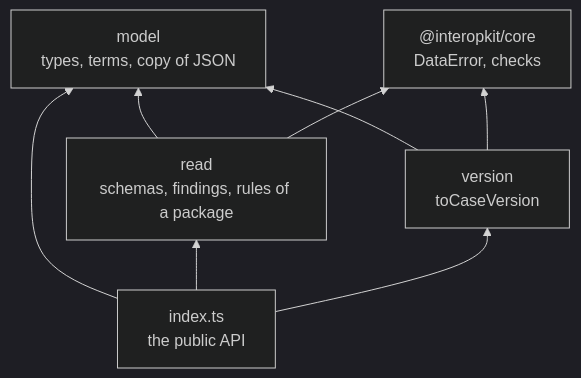
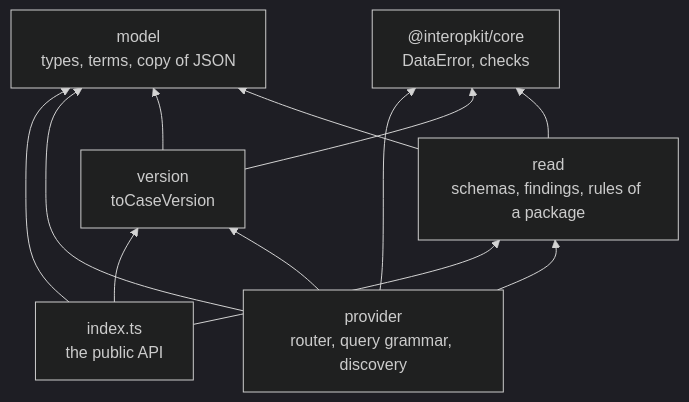
One commit to interopkit/interopkit changed the first of 2 diagrams in docs/competency-frameworks/architecture.md. Above: the diagram before and after it, drawn with Mermaid (dark theme). The commit also changed other lines of this file and 49 other files, not shown here.

First line of the commit message:
Add the CASE provider: router, both version paths, query grammar, collation, fields and discovery

````diff
--- a/docs/competency-frameworks/architecture.md
+++ b/docs/competency-frameworks/architecture.md
@@ -7,15 +9,20 @@
 ```mermaid
 flowchart BT
   core["@interopkit/core<br/>DataError, checks"]
   model["model<br/>types, terms, copy of JSON"]
   read["read<br/>schemas, findings, rules of a package"]
   version["version<br/>toCaseVersion"]
+  provider["provider<br/>router, query grammar, discovery"]
   root["index.ts<br/>the public API"]
   read --> model
   read --> core
   version --> model
   version --> core
+  provider --> model
+  provider --> read
+  provider --> version
+  provider --> core
   root --> model
   root --> read
   root --> version
 ```
````
